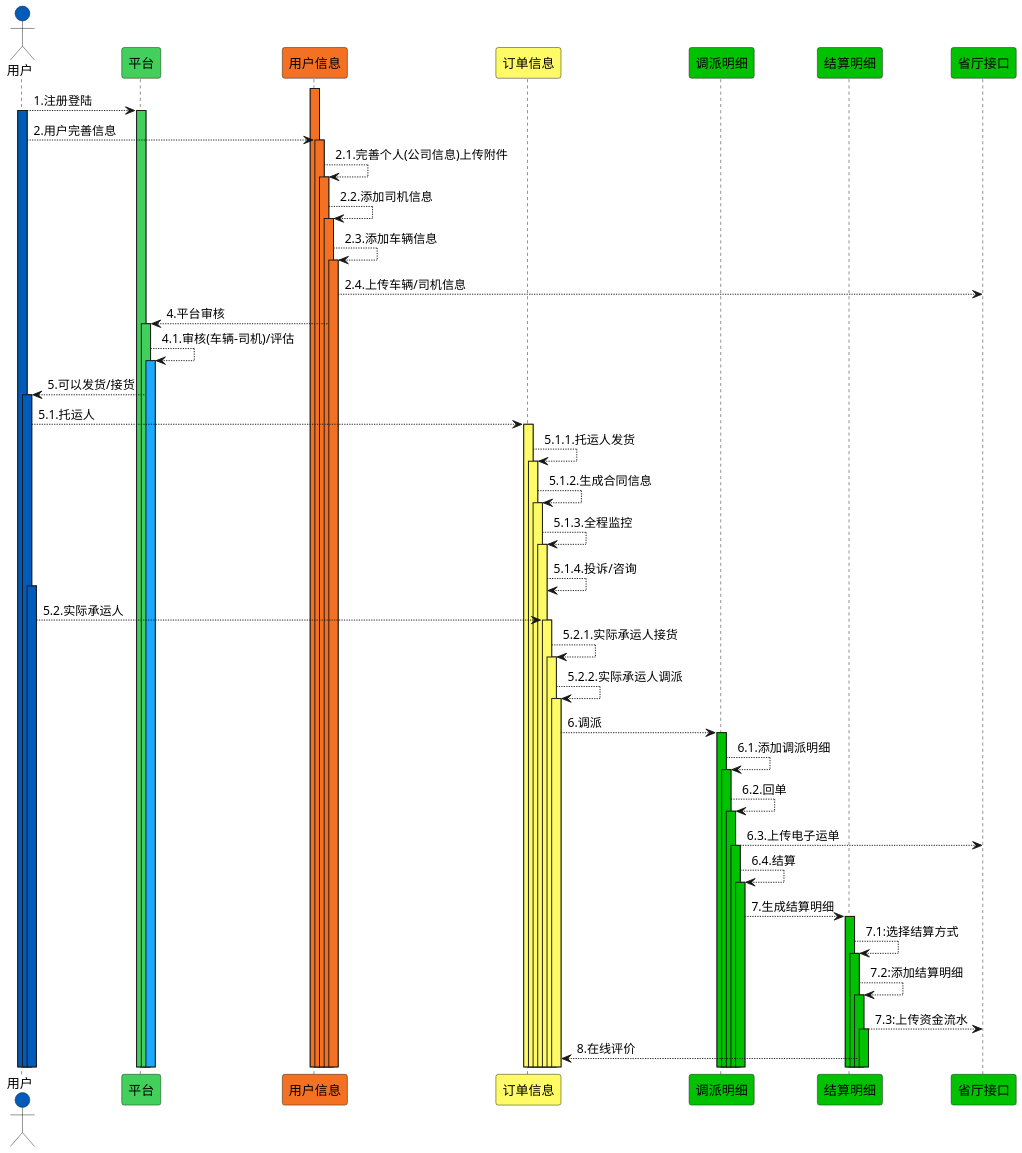
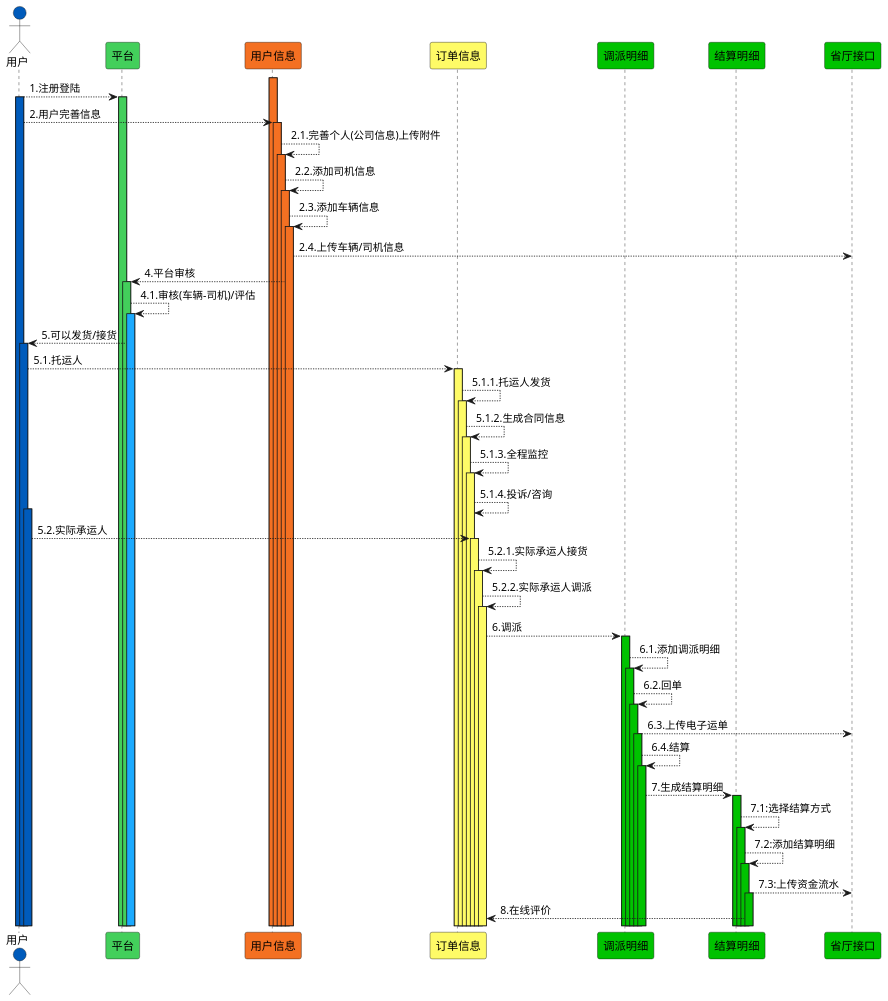
The diagram in uml/初步梳理.puml (huangyaping9455/internet-freight-platform), drawn with PlantUML before and after one commit. The commit also changed 7 other files, not shown here.

```diff
--- a/uml/初步梳理.puml
+++ b/uml/初步梳理.puml
@@ -1,80 +1,80 @@
 @startuml
 
-scale 1.5
+scale 1.3
 actor "用户" as User #005bbb
 participant "平台" as platform #43CF5B
 participant "用户信息" as userInfo #F47022
 participant "订单信息" as order #fefb67
 participant "调派明细" as dispatch #00c200
 participant "结算明细" as settlement #00c200
 participant "省厅接口" as interface #00c200
 
 activate userInfo #F47022
 User ---> platform: 1.注册登陆
 
 activate platform #43CF5B
 activate User #005bbb
 User --> userInfo: 2.用户完善信息
 activate userInfo #F47022
 userInfo --> userInfo:2.1.完善个人(公司信息)上传附件
 activate userInfo #F47022
 userInfo --> userInfo:2.2.添加司机信息
 activate userInfo #F47022
 userInfo --> userInfo:2.3.添加车辆信息
 
 activate userInfo #F47022
 userInfo --> interface:2.4.上传车辆/司机信息
 
 userInfo --> platform:4.平台审核
 activate platform #43CF5B
 platform --> platform:4.1.审核(车辆-司机)/评估
 
 activate platform #1BAAFF
 platform --->User :5.可以发货/接货
 activate User #005bbb
 User -->order:5.1.托运人
 activate order #fefb67
 order-->order:5.1.1.托运人发货
 activate order #fefb67
 order-->order:5.1.2.生成合同信息
 
 activate order #fefb67
 order-->order:5.1.3.全程监控
 
 activate order #fefb67
 order-->order:5.1.4.投诉/咨询
 
 activate User #005bbb
 User -->order:5.2.实际承运人
 activate order #fefb67
 order-->order:5.2.1.实际承运人接货
 activate order #fefb67
 order-->order:5.2.2.实际承运人调派
 activate order #fefb67
 order-->dispatch:6.调派
 activate dispatch #00c200
 dispatch-->dispatch:6.1.添加调派明细
 
 activate dispatch #00c200
 dispatch-->dispatch:6.2.回单
 activate dispatch #00c200
 dispatch-->interface:6.3.上传电子运单
 
 activate dispatch #00c200
 dispatch-->dispatch:6.4.结算
 activate dispatch #00c200
 dispatch -->settlement:7.生成结算明细
 activate settlement #00c200
 settlement-->settlement:7.1:选择结算方式
 activate settlement #00c200
 settlement-->settlement:7.2:添加结算明细
 activate settlement #00c200
 settlement-->interface:7.3:上传资金流水
 
 activate settlement #00c200
 settlement-->order:8.在线评价
 
 
 
 
 @enduml
```
